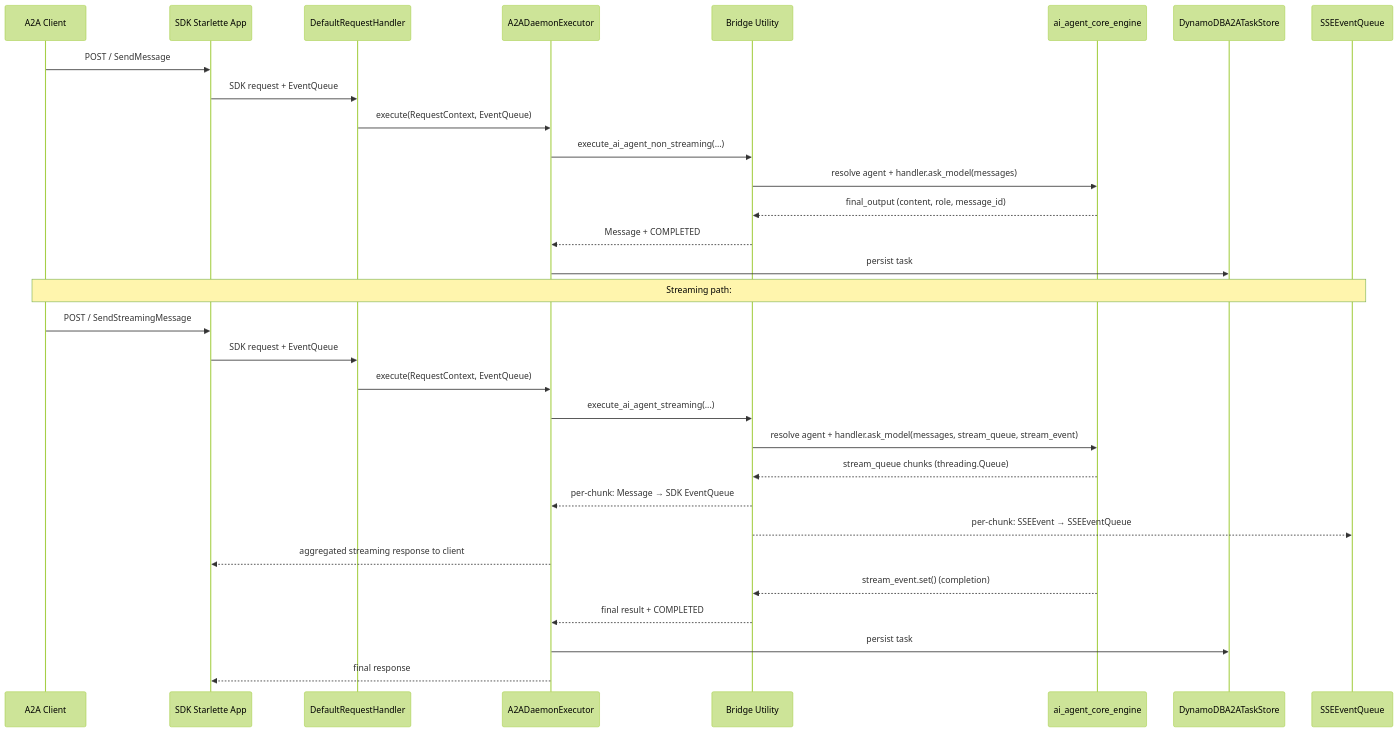
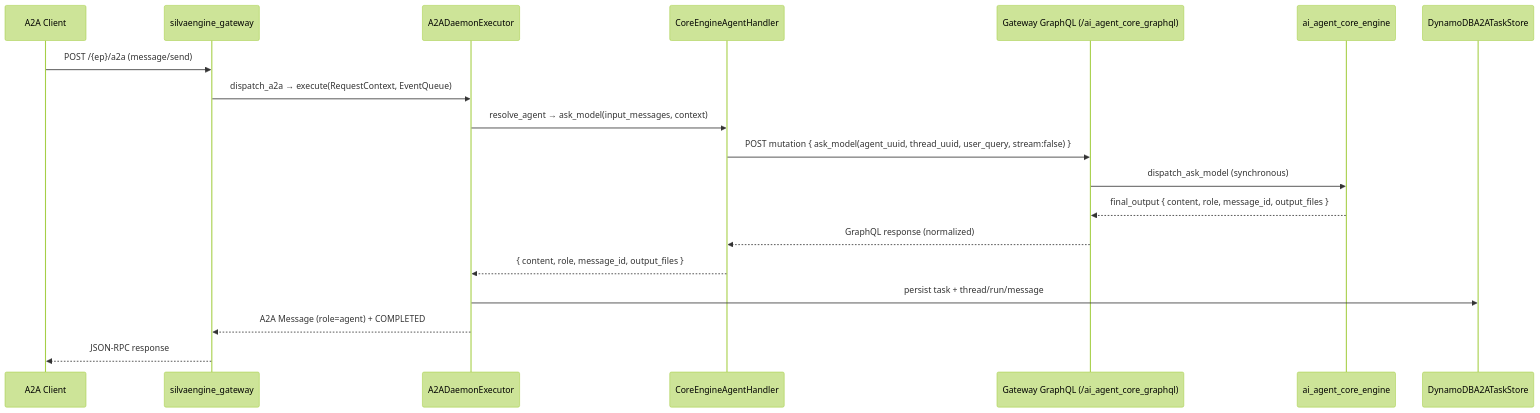
One commit to ideabosque/a2a_daemon_engine changed the first of 2 diagrams in docs/A2A_DEVELOPMENT_PLAN.md. Above: the diagram before and after it, drawn with Mermaid (forest theme). The commit also changed other lines of this file and 23 other files, not shown here.

````diff
--- a/docs/A2A_DEVELOPMENT_PLAN.md
+++ b/docs/A2A_DEVELOPMENT_PLAN.md
@@ -334,36 +326,22 @@
 ```mermaid
 sequenceDiagram
     participant C as A2A Client
-    participant SDK as SDK Starlette App
-    participant RH as DefaultRequestHandler
+    participant GW as silvaengine_gateway
     participant EX as A2ADaemonExecutor
-    participant BR as Bridge Utility
+    participant H as CoreEngineAgentHandler
+    participant GQL as Gateway GraphQL (/ai_agent_core_graphql)
     participant CE as ai_agent_core_engine
     participant TS as DynamoDBA2ATaskStore
-    participant SSE as SSEEventQueue
 
-    C->>SDK: POST / SendMessage
-    SDK->>RH: SDK request + EventQueue
-    RH->>EX: execute(RequestContext, EventQueue)
-    EX->>BR: execute_ai_agent_non_streaming(...)
-    BR->>CE: resolve agent + handler.ask_model(messages)
-    CE-->>BR: final_output (content, role, message_id)
-    BR-->>EX: Message + COMPLETED
-    EX->>TS: persist task
-
-    Note over C,SSE: Streaming path:
-
-    C->>SDK: POST / SendStreamingMessage
-    SDK->>RH: SDK request + EventQueue
-    RH->>EX: execute(RequestContext, EventQueue)
-    EX->>BR: execute_ai_agent_streaming(...)
-    BR->>CE: resolve agent + handler.ask_model(messages, stream_queue, stream_event)
-    CE-->>BR: stream_queue chunks (threading.Queue)
-    BR-->>EX: per-chunk: Message → SDK EventQueue
-    BR-->>SSE: per-chunk: SSEEvent → SSEEventQueue
-    EX-->>SDK: aggregated streaming response to client
-    CE-->>BR: stream_event.set() (completion)
-    BR-->>EX: final result + COMPLETED
-    EX->>TS: persist task
-    EX-->>SDK: final response
+    C->>GW: POST /{ep}/a2a  (message/send)
+    GW->>EX: dispatch_a2a → execute(RequestContext, EventQueue)
+    EX->>H: resolve_agent → ask_model(input_messages, context)
+    H->>GQL: POST mutation { ask_model(agent_uuid, thread_uuid, user_query, stream:false) }
+    GQL->>CE: dispatch_ask_model (synchronous)
+    CE-->>GQL: final_output { content, role, message_id, output_files }
+    GQL-->>H: GraphQL response (normalized)
+    H-->>EX: { content, role, message_id, output_files }
+    EX->>TS: persist task + thread/run/message
+    EX-->>GW: A2A Message (role=agent) + COMPLETED
+    GW-->>C: JSON-RPC response
 ```
````
